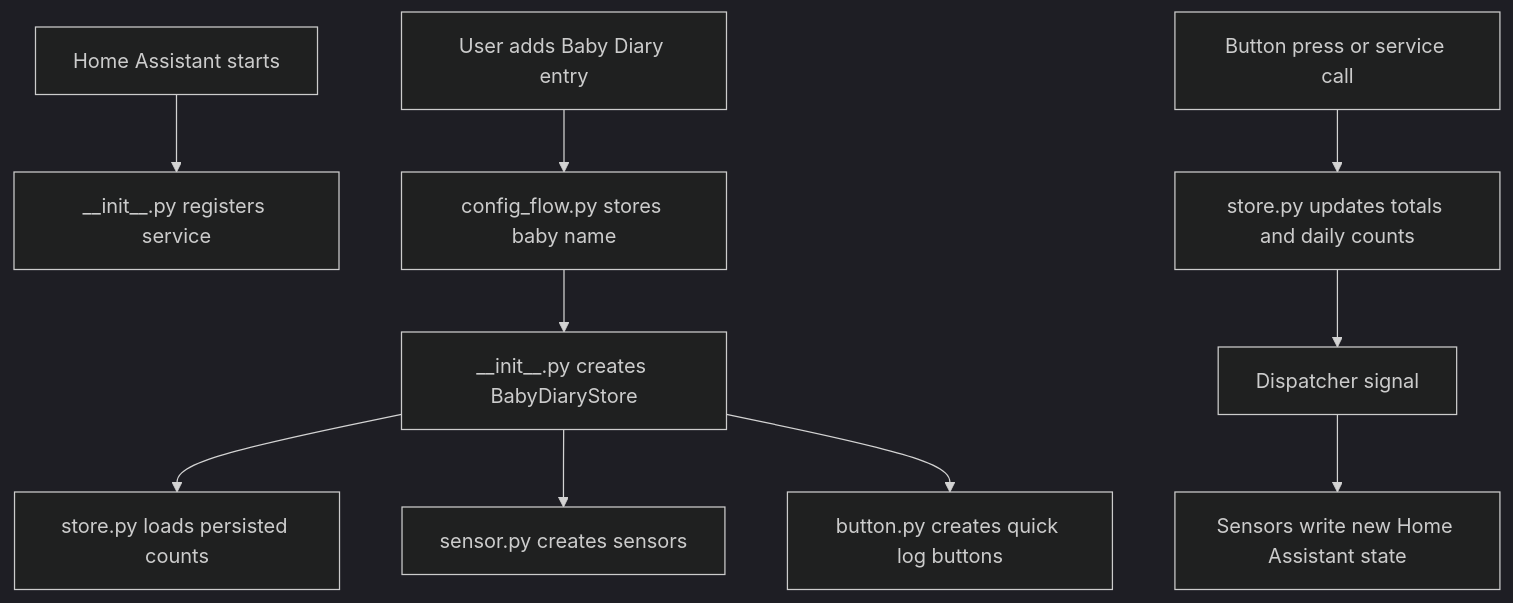
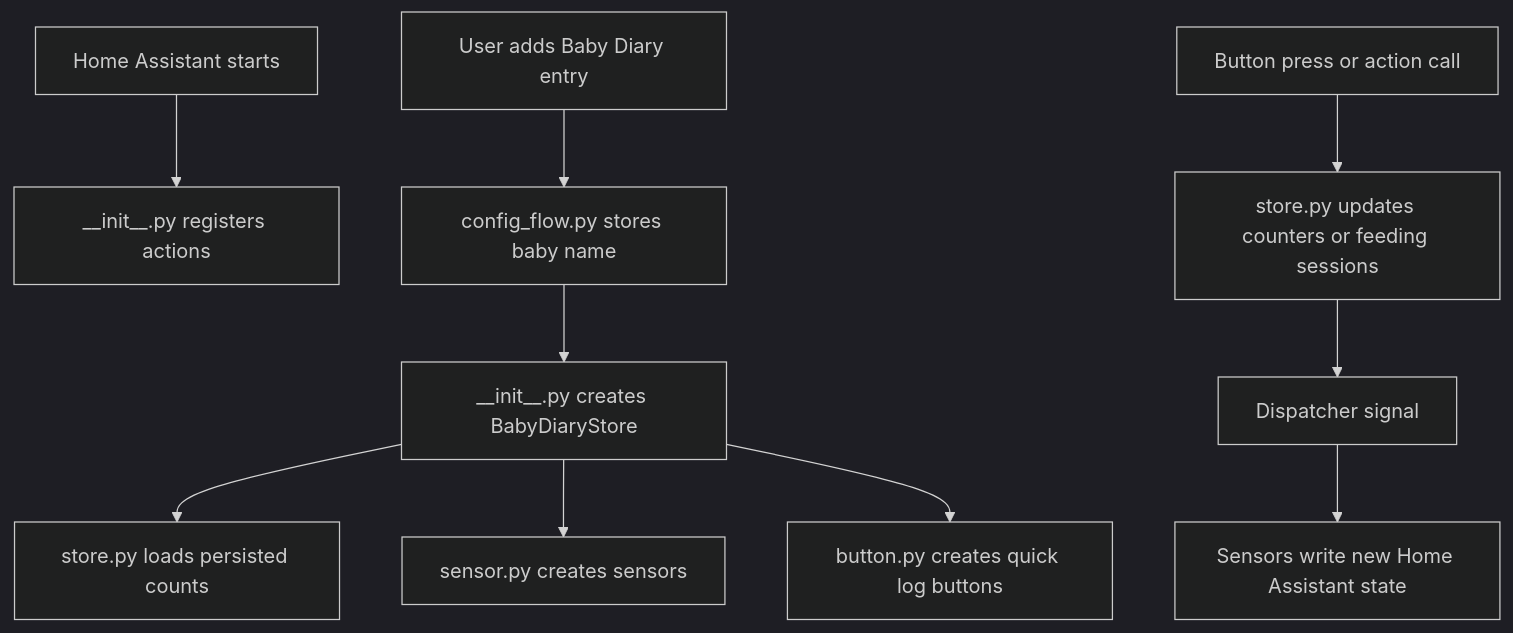
Before and after one commit to carlosmorgado/baby-diary-hacs: the diagram in docs/python-files.md, drawn with Mermaid (dark theme). The commit also changed other lines of this file and 15 other files, not shown here.

````diff
--- a/docs/python-files.md
+++ b/docs/python-files.md
@@ -7,12 +7,12 @@
 ```mermaid
 flowchart TD
-    A["Home Assistant starts"] --> B["__init__.py registers service"]
+    A["Home Assistant starts"] --> B["__init__.py registers actions"]
     C["User adds Baby Diary entry"] --> D["config_flow.py stores baby name"]
     D --> E["__init__.py creates BabyDiaryStore"]
     E --> F["store.py loads persisted counts"]
     E --> G["sensor.py creates sensors"]
     E --> H["button.py creates quick log buttons"]
-    I["Button press or service call"] --> J["store.py updates totals and daily counts"]
+    I["Button press or action call"] --> J["store.py updates counters or feeding sessions"]
     J --> K["Dispatcher signal"]
     K --> L["Sensors write new Home Assistant state"]
 ```
````
